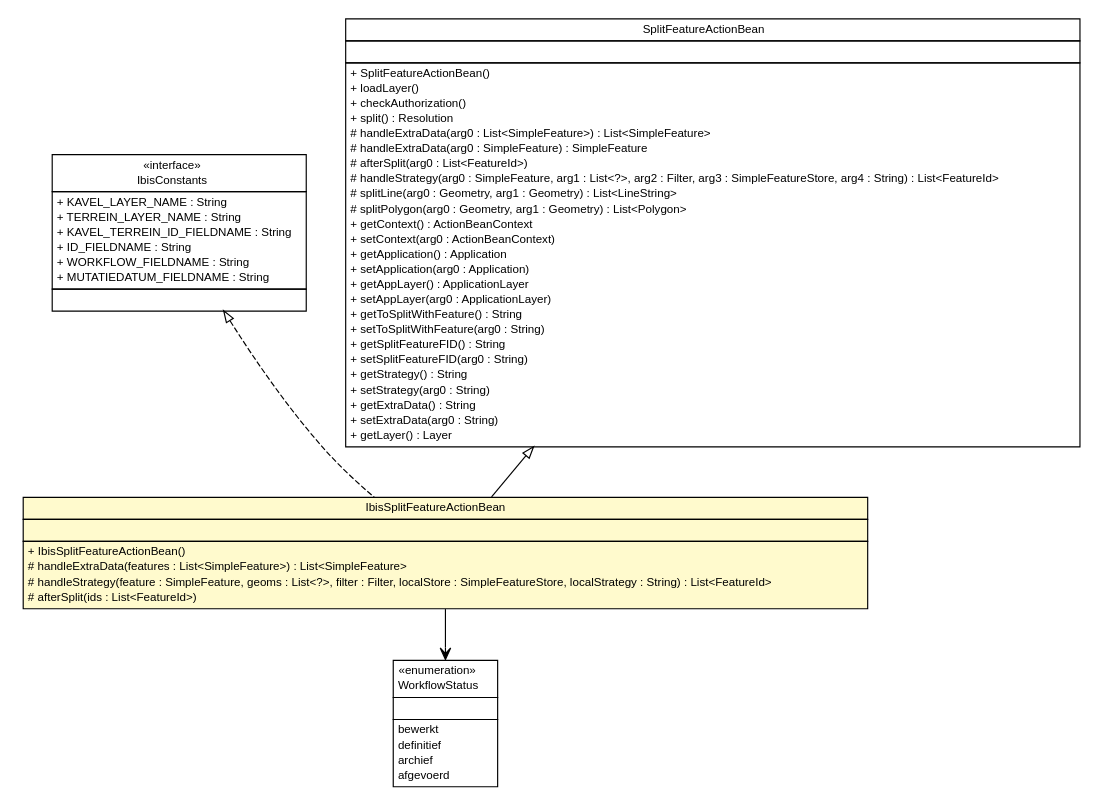
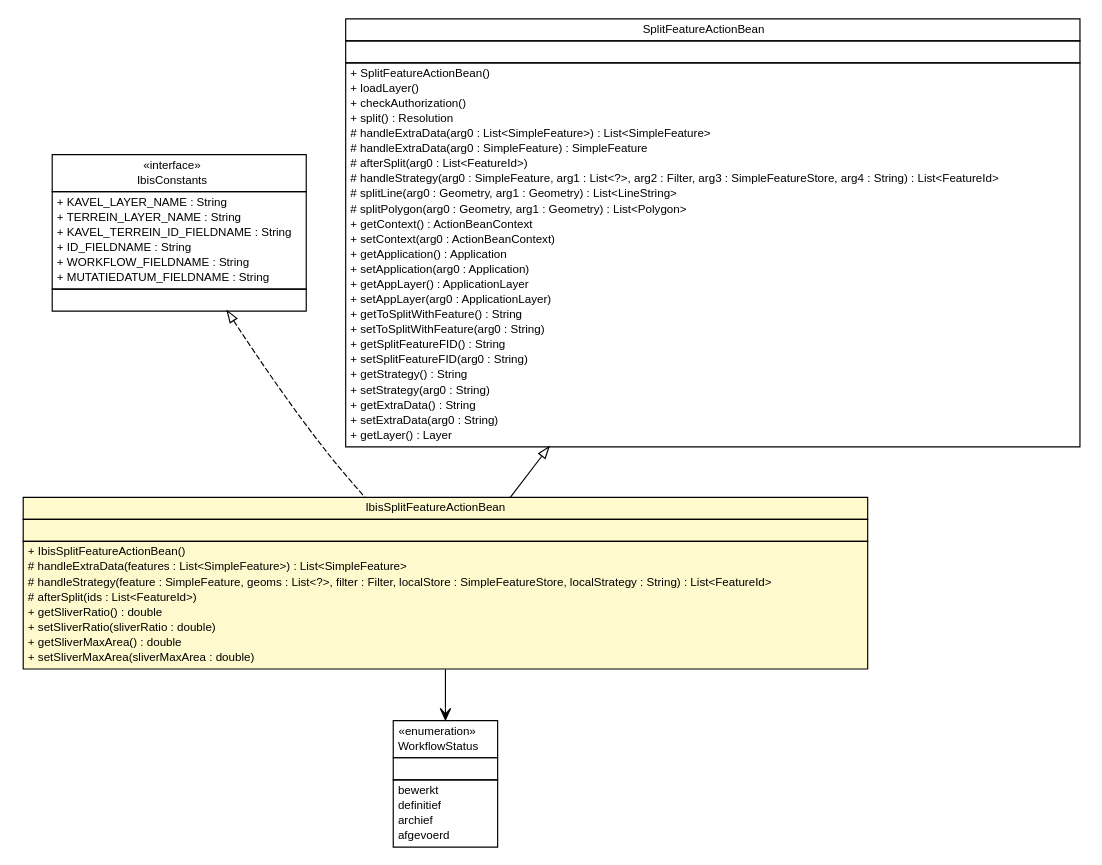
Before and after one commit to B3Partners/flamingo-ibis: the diagram in ibis-viewer/apidocs/nl/b3p/viewer/stripes/IbisSplitFeatureActionBean.dot, drawn with Graphviz. The commit also changed 81 other files, not shown here.

```diff
--- a/ibis-viewer/apidocs/nl/b3p/viewer/stripes/IbisSplitFeatureActionBean.dot
+++ b/ibis-viewer/apidocs/nl/b3p/viewer/stripes/IbisSplitFeatureActionBean.dot
@@ -1,103 +1,107 @@
 #!/usr/local/bin/dot
 #
 # Class diagram 
 # Generated by UMLGraph version R5_6-24-gf6e263 (http://www.umlgraph.org/)
 #
 
 digraph G {
 	edge [fontname="Helvetica",fontsize=10,labelfontname="Helvetica",labelfontsize=10];
 	node [fontname="Helvetica",fontsize=10,shape=plaintext];
 	nodesep=0.25;
 	ranksep=0.5;
 	// nl.b3p.viewer.ibis.util.IbisConstants
 	c263 [label=<<table title="nl.b3p.viewer.ibis.util.IbisConstants" border="0" cellborder="1" cellspacing="0" cellpadding="2" port="p" href="../ibis/util/IbisConstants.html">
 		<tr><td><table border="0" cellspacing="0" cellpadding="1">
 <tr><td align="center" balign="center"> &#171;interface&#187; </td></tr>
 <tr><td align="center" balign="center"> IbisConstants </td></tr>
 		</table></td></tr>
 		<tr><td><table border="0" cellspacing="0" cellpadding="1">
 <tr><td align="left" balign="left"> + KAVEL_LAYER_NAME : String </td></tr>
 <tr><td align="left" balign="left"> + TERREIN_LAYER_NAME : String </td></tr>
 <tr><td align="left" balign="left"> + KAVEL_TERREIN_ID_FIELDNAME : String </td></tr>
 <tr><td align="left" balign="left"> + ID_FIELDNAME : String </td></tr>
 <tr><td align="left" balign="left"> + WORKFLOW_FIELDNAME : String </td></tr>
 <tr><td align="left" balign="left"> + MUTATIEDATUM_FIELDNAME : String </td></tr>
 		</table></td></tr>
 		<tr><td><table border="0" cellspacing="0" cellpadding="1">
 <tr><td align="left" balign="left">  </td></tr>
 		</table></td></tr>
 		</table>>, URL="../ibis/util/IbisConstants.html", fontname="Helvetica", fontcolor="black", fontsize=10.0];
 	// nl.b3p.viewer.ibis.util.WorkflowStatus
 	c264 [label=<<table title="nl.b3p.viewer.ibis.util.WorkflowStatus" border="0" cellborder="1" cellspacing="0" cellpadding="2" port="p" href="../ibis/util/WorkflowStatus.html">
 		<tr><td><table border="0" cellspacing="0" cellpadding="1">
 <tr><td align="center" balign="center"> &#171;enumeration&#187; </td></tr>
 <tr><td align="center" balign="center"> WorkflowStatus </td></tr>
 		</table></td></tr>
 		<tr><td><table border="0" cellspacing="0" cellpadding="1">
 <tr><td align="left" balign="left">  </td></tr>
 		</table></td></tr>
 		<tr><td><table border="0" cellspacing="0" cellpadding="1">
 <tr><td align="left" balign="left"> bewerkt </td></tr>
 <tr><td align="left" balign="left"> definitief </td></tr>
 <tr><td align="left" balign="left"> archief </td></tr>
 <tr><td align="left" balign="left"> afgevoerd </td></tr>
 		</table></td></tr>
 		</table>>, URL="../ibis/util/WorkflowStatus.html", fontname="Helvetica", fontcolor="black", fontsize=10.0];
 	// nl.b3p.viewer.stripes.IbisSplitFeatureActionBean
 	c273 [label=<<table title="nl.b3p.viewer.stripes.IbisSplitFeatureActionBean" border="0" cellborder="1" cellspacing="0" cellpadding="2" port="p" bgcolor="lemonChiffon" href="./IbisSplitFeatureActionBean.html">
 		<tr><td><table border="0" cellspacing="0" cellpadding="1">
 <tr><td align="center" balign="center"> IbisSplitFeatureActionBean </td></tr>
 		</table></td></tr>
 		<tr><td><table border="0" cellspacing="0" cellpadding="1">
 <tr><td align="left" balign="left">  </td></tr>
 		</table></td></tr>
 		<tr><td><table border="0" cellspacing="0" cellpadding="1">
 <tr><td align="left" balign="left"> + IbisSplitFeatureActionBean() </td></tr>
 <tr><td align="left" balign="left"> # handleExtraData(features : List&lt;SimpleFeature&gt;) : List&lt;SimpleFeature&gt; </td></tr>
 <tr><td align="left" balign="left"> # handleStrategy(feature : SimpleFeature, geoms : List&lt;?&gt;, filter : Filter, localStore : SimpleFeatureStore, localStrategy : String) : List&lt;FeatureId&gt; </td></tr>
 <tr><td align="left" balign="left"> # afterSplit(ids : List&lt;FeatureId&gt;) </td></tr>
+<tr><td align="left" balign="left"> + getSliverRatio() : double </td></tr>
+<tr><td align="left" balign="left"> + setSliverRatio(sliverRatio : double) </td></tr>
+<tr><td align="left" balign="left"> + getSliverMaxArea() : double </td></tr>
+<tr><td align="left" balign="left"> + setSliverMaxArea(sliverMaxArea : double) </td></tr>
 		</table></td></tr>
 		</table>>, URL="./IbisSplitFeatureActionBean.html", fontname="Helvetica", fontcolor="black", fontsize=10.0];
 	//nl.b3p.viewer.stripes.IbisSplitFeatureActionBean extends nl.b3p.viewer.stripes.SplitFeatureActionBean
 	c276:p -> c273:p [dir=back,arrowtail=empty];
 	//nl.b3p.viewer.stripes.IbisSplitFeatureActionBean implements nl.b3p.viewer.ibis.util.IbisConstants
 	c263:p -> c273:p [dir=back,arrowtail=empty,style=dashed];
 	// nl.b3p.viewer.stripes.IbisSplitFeatureActionBean NAVASSOC nl.b3p.viewer.ibis.util.WorkflowStatus
 	c273:p -> c264:p [taillabel="", label="", headlabel="", fontname="Helvetica", fontcolor="black", fontsize=10.0, color="black", arrowhead=open];
 	// nl.b3p.viewer.stripes.SplitFeatureActionBean
 	c276 [label=<<table title="nl.b3p.viewer.stripes.SplitFeatureActionBean" border="0" cellborder="1" cellspacing="0" cellpadding="2" port="p">
 		<tr><td><table border="0" cellspacing="0" cellpadding="1">
 <tr><td align="center" balign="center"> SplitFeatureActionBean </td></tr>
 		</table></td></tr>
 		<tr><td><table border="0" cellspacing="0" cellpadding="1">
 <tr><td align="left" balign="left">  </td></tr>
 		</table></td></tr>
 		<tr><td><table border="0" cellspacing="0" cellpadding="1">
 <tr><td align="left" balign="left"> + SplitFeatureActionBean() </td></tr>
 <tr><td align="left" balign="left"> + loadLayer() </td></tr>
 <tr><td align="left" balign="left"> + checkAuthorization() </td></tr>
 <tr><td align="left" balign="left"> + split() : Resolution </td></tr>
 <tr><td align="left" balign="left"> # handleExtraData(arg0 : List&lt;SimpleFeature&gt;) : List&lt;SimpleFeature&gt; </td></tr>
 <tr><td align="left" balign="left"> # handleExtraData(arg0 : SimpleFeature) : SimpleFeature </td></tr>
 <tr><td align="left" balign="left"> # afterSplit(arg0 : List&lt;FeatureId&gt;) </td></tr>
 <tr><td align="left" balign="left"> # handleStrategy(arg0 : SimpleFeature, arg1 : List&lt;?&gt;, arg2 : Filter, arg3 : SimpleFeatureStore, arg4 : String) : List&lt;FeatureId&gt; </td></tr>
 <tr><td align="left" balign="left"> # splitLine(arg0 : Geometry, arg1 : Geometry) : List&lt;LineString&gt; </td></tr>
 <tr><td align="left" balign="left"> # splitPolygon(arg0 : Geometry, arg1 : Geometry) : List&lt;Polygon&gt; </td></tr>
 <tr><td align="left" balign="left"> + getContext() : ActionBeanContext </td></tr>
 <tr><td align="left" balign="left"> + setContext(arg0 : ActionBeanContext) </td></tr>
 <tr><td align="left" balign="left"> + getApplication() : Application </td></tr>
 <tr><td align="left" balign="left"> + setApplication(arg0 : Application) </td></tr>
 <tr><td align="left" balign="left"> + getAppLayer() : ApplicationLayer </td></tr>
 <tr><td align="left" balign="left"> + setAppLayer(arg0 : ApplicationLayer) </td></tr>
 <tr><td align="left" balign="left"> + getToSplitWithFeature() : String </td></tr>
 <tr><td align="left" balign="left"> + setToSplitWithFeature(arg0 : String) </td></tr>
 <tr><td align="left" balign="left"> + getSplitFeatureFID() : String </td></tr>
 <tr><td align="left" balign="left"> + setSplitFeatureFID(arg0 : String) </td></tr>
 <tr><td align="left" balign="left"> + getStrategy() : String </td></tr>
 <tr><td align="left" balign="left"> + setStrategy(arg0 : String) </td></tr>
 <tr><td align="left" balign="left"> + getExtraData() : String </td></tr>
 <tr><td align="left" balign="left"> + setExtraData(arg0 : String) </td></tr>
 <tr><td align="left" balign="left"> + getLayer() : Layer </td></tr>
 		</table></td></tr>
 		</table>>, URL="null", fontname="Helvetica", fontcolor="black", fontsize=10.0];
 }
```
